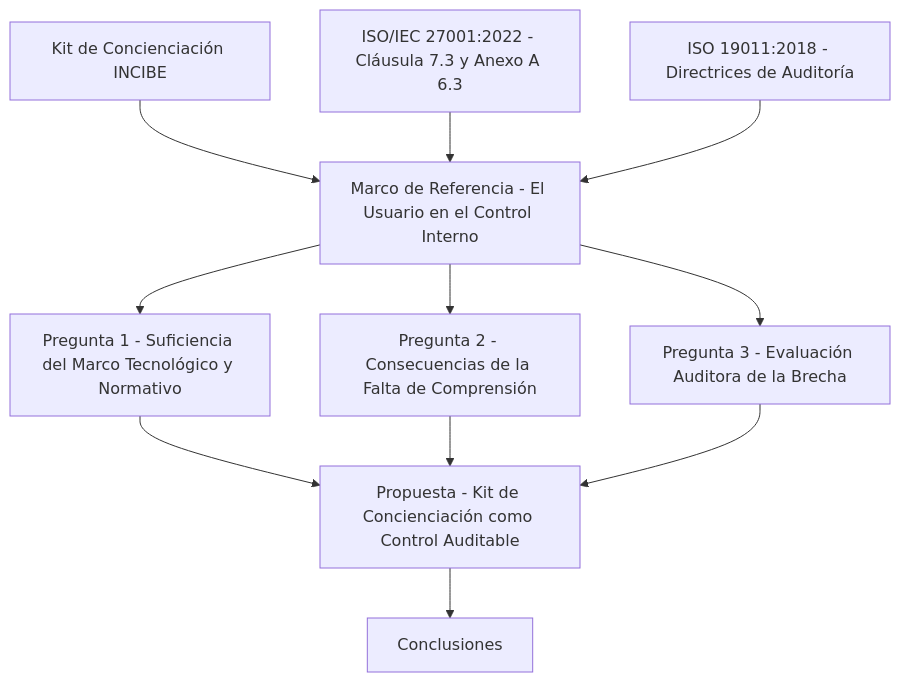
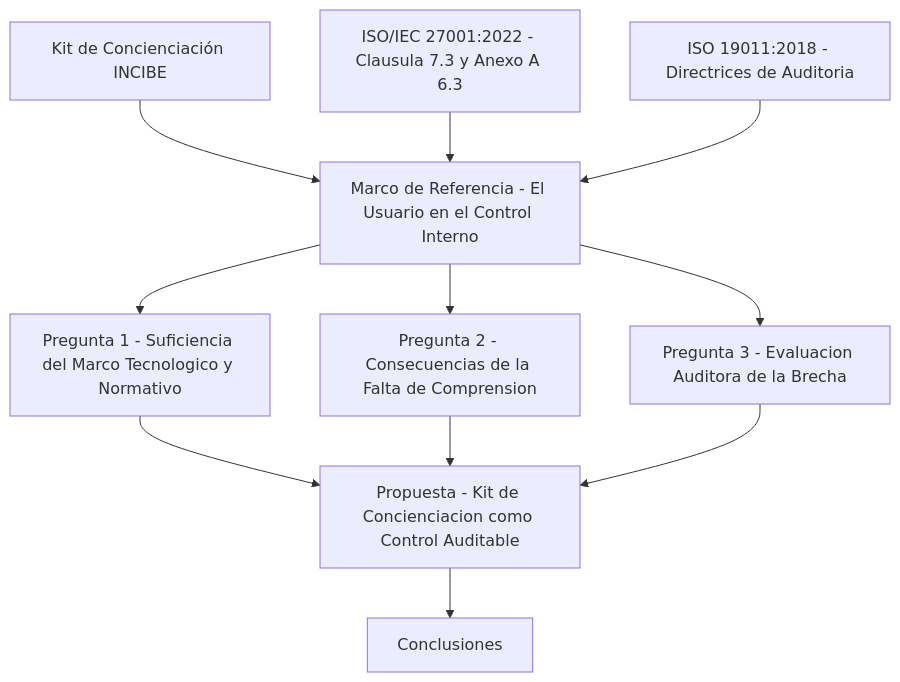
One commit to AlejoTechEngineer/usuario-controles-internos-auditoria changed the first of 2 diagrams in README.md. Above: the diagram before and after it, drawn with Mermaid. The commit also changed other lines of this file, not shown here.

Commit message:
Mejora el diseño del README con badges, tabla de contenidos y diagramas

````diff
--- a/README.md
+++ b/README.md
@@ -21,11 +82,11 @@
 ```mermaid
 flowchart TD
     A[Kit de Concienciación INCIBE] --> B[Marco de Referencia - El Usuario en el Control Interno]
-    N[ISO/IEC 27001:2022 - Cláusula 7.3 y Anexo A 6.3] --> B
-    M[ISO 19011:2018 - Directrices de Auditoría] --> B
-    B --> C[Pregunta 1 - Suficiencia del Marco Tecnológico y Normativo]
-    B --> D[Pregunta 2 - Consecuencias de la Falta de Comprensión]
-    B --> E[Pregunta 3 - Evaluación Auditora de la Brecha]
-    C & D & E --> F[Propuesta - Kit de Concienciación como Control Auditable]
+    N[ISO/IEC 27001:2022 - Clausula 7.3 y Anexo A 6.3] --> B
+    M[ISO 19011:2018 - Directrices de Auditoria] --> B
+    B --> C[Pregunta 1 - Suficiencia del Marco Tecnologico y Normativo]
+    B --> D[Pregunta 2 - Consecuencias de la Falta de Comprension]
+    B --> E[Pregunta 3 - Evaluacion Auditora de la Brecha]
+    C & D & E --> F[Propuesta - Kit de Concienciacion como Control Auditable]
     F --> G[Conclusiones]
 ```
````
